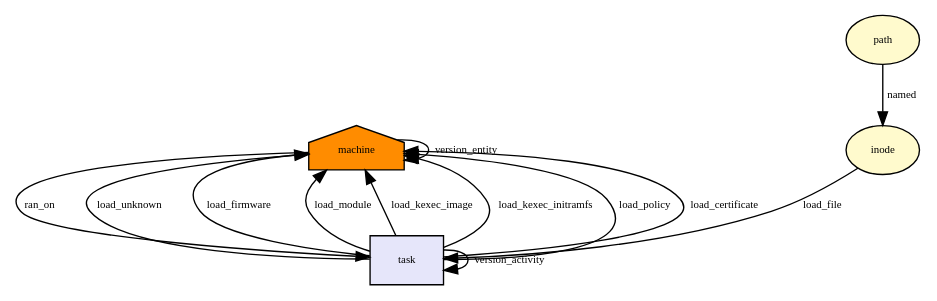
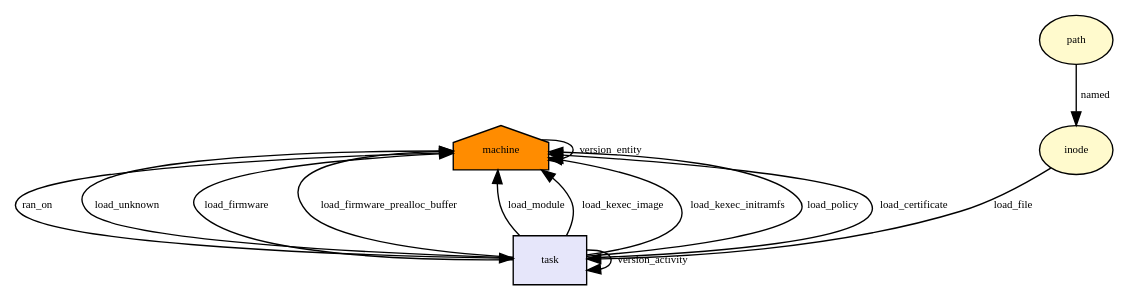
Before and after one commit to CamFlow/camflow-dev: the diagram in docs/dot/kernel_read_file.dot, drawn with Graphviz. The commit also changed 10 other files, not shown here.

Commit message:
handle firmware prealloc buffer

```diff
--- a/docs/dot/kernel_read_file.dot
+++ b/docs/dot/kernel_read_file.dot
@@ -1,33 +1,35 @@
 digraph RGL__DirectedAdjacencyGraph {machine[fontsize = 8,label = machine,shape = house, fillcolor="#ff8c00", style = filled]
 
 task[fontsize = 8,label = task,shape = rectangle, fillcolor="#e6e6fa", style = filled]
 
 machine -> task[fontsize = 8,label = ran_on]
 
 path[fontsize = 8,label = path,shape = ellipse, fillcolor="#fffacd", style = filled]
 
 inode[fontsize = 8,label = inode,shape = ellipse, fillcolor="#fffacd", style = filled]
 
 path -> inode[fontsize = 8,label = named]
 
 inode -> task[fontsize = 8,label = load_file]
 
 task -> task[fontsize = 8,label = version_activity]
 
 task -> machine[fontsize = 8,label = load_unknown]
 
 machine -> machine[fontsize = 8,label = version_entity]
 
 task -> machine[fontsize = 8,label = load_firmware]
 
+task -> machine[fontsize = 8,label = load_firmware_prealloc_buffer]
+
 task -> machine[fontsize = 8,label = load_module]
 
 task -> machine[fontsize = 8,label = load_kexec_image]
 
 task -> machine[fontsize = 8,label = load_kexec_initramfs]
 
 task -> machine[fontsize = 8,label = load_policy]
 
 task -> machine[fontsize = 8,label = load_certificate]
 
 }
```
